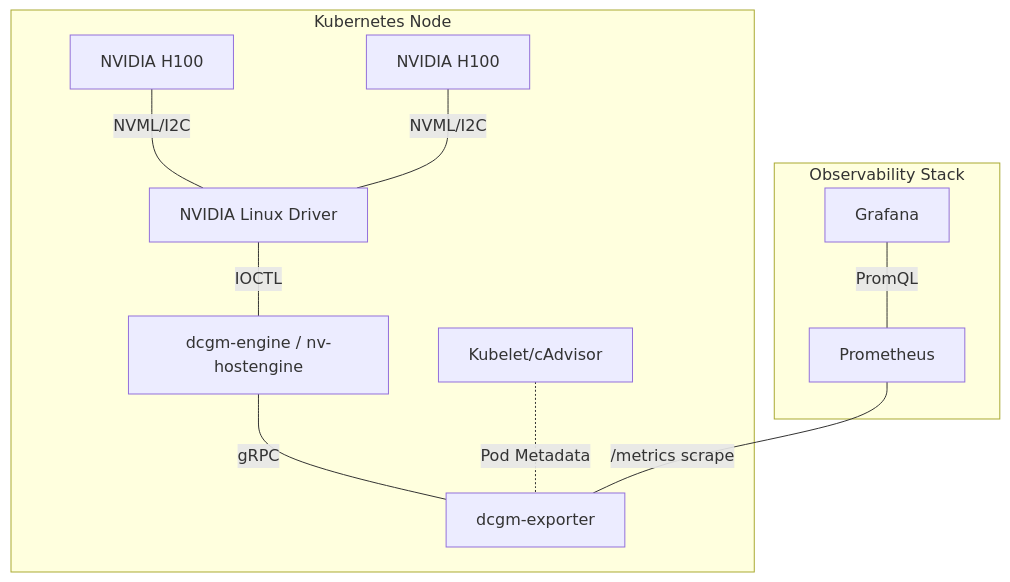
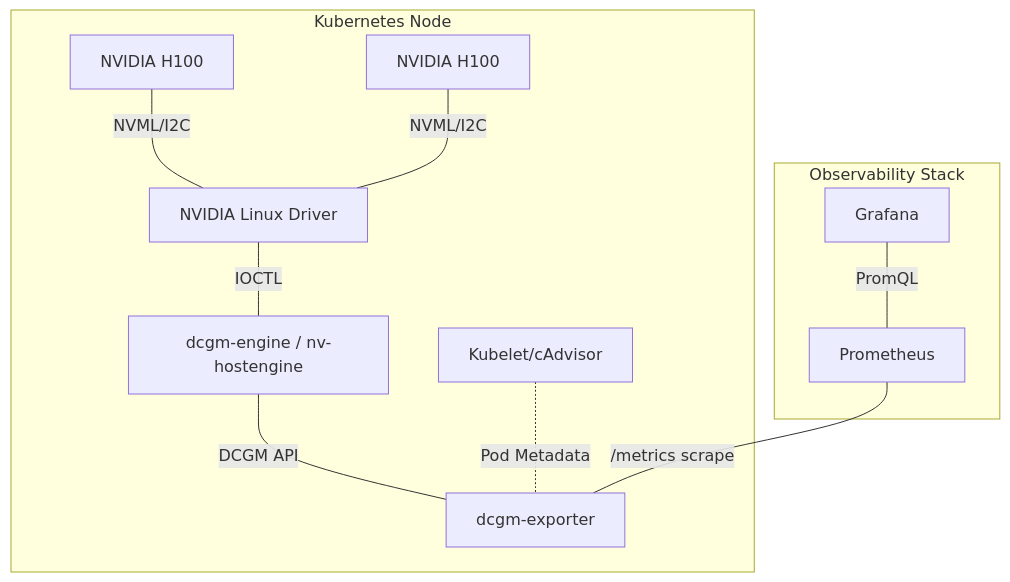
One commit to jithinpnjm/nvidia-devops changed the first of 2 diagrams in docs/volume-07/02-k8s-gpu-observability-masterclass.md. Above: the diagram before and after it, drawn with Mermaid. The commit also changed other lines of this file and 289 other files, not shown here.

````diff
--- a/docs/volume-07/02-k8s-gpu-observability-masterclass.md
+++ b/docs/volume-07/02-k8s-gpu-observability-masterclass.md
@@ -70,17 +70,17 @@
 ```mermaid
 flowchart TD
     subgraph Kubernetes Node
         GPU1["NVIDIA H100"] -- "NVML/I2C" --- Driver["NVIDIA Linux Driver"]
         GPU2["NVIDIA H100"] -- "NVML/I2C" --- Driver
         
         Driver -- "IOCTL" --- NVEngine["dcgm-engine / nv-hostengine"]
-        NVEngine -- "gRPC" --- DCGMExporter["dcgm-exporter"]
+        NVEngine -- "DCGM API" --- DCGMExporter["dcgm-exporter"]
         
         Kubelet["Kubelet/cAdvisor"] -. "Pod Metadata" .- DCGMExporter
     end
     
     subgraph Observability Stack
         Prom["Prometheus"] -- "/metrics scrape" --- DCGMExporter
         Grafana["Grafana"] -- "PromQL" --- Prom
     end
 ```
````
